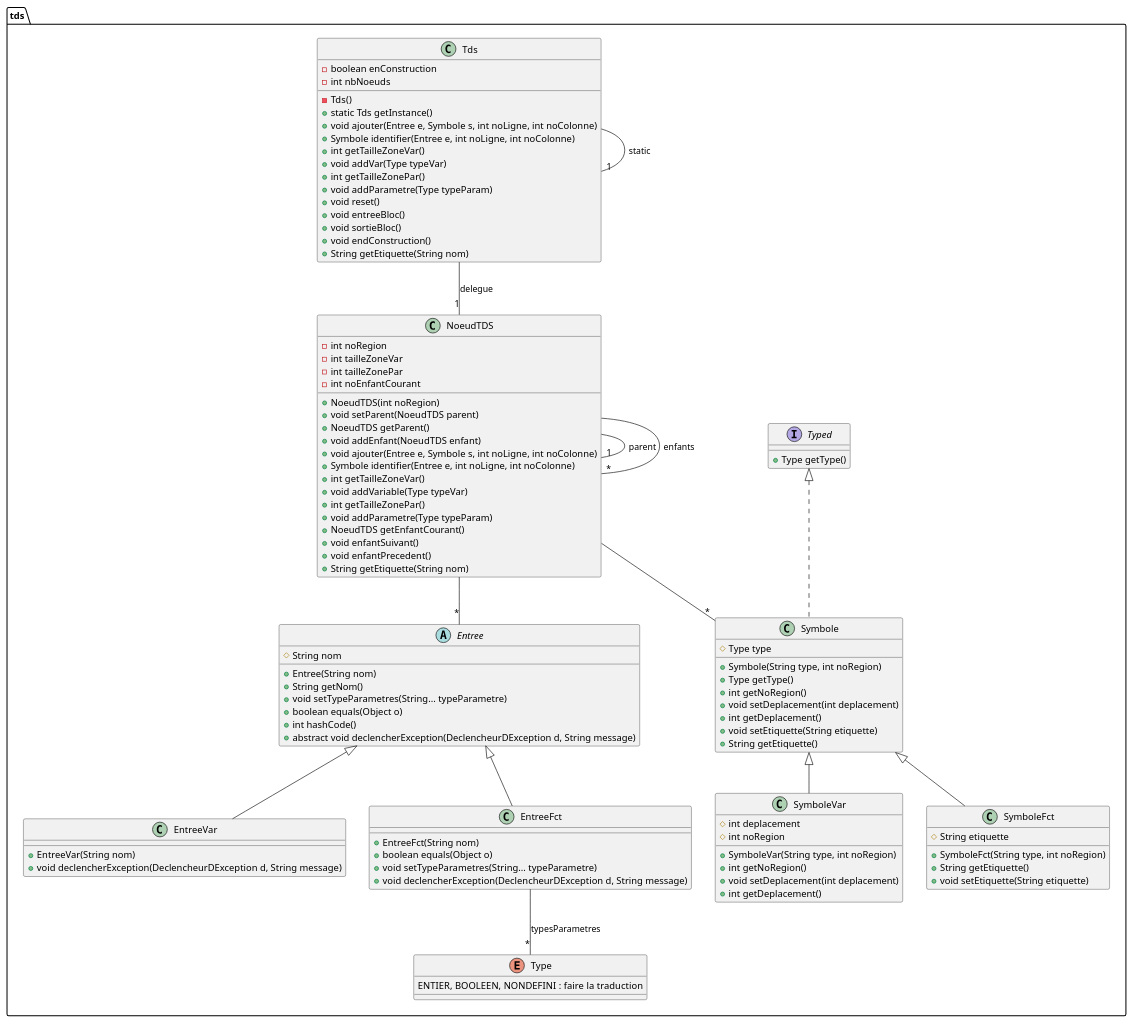
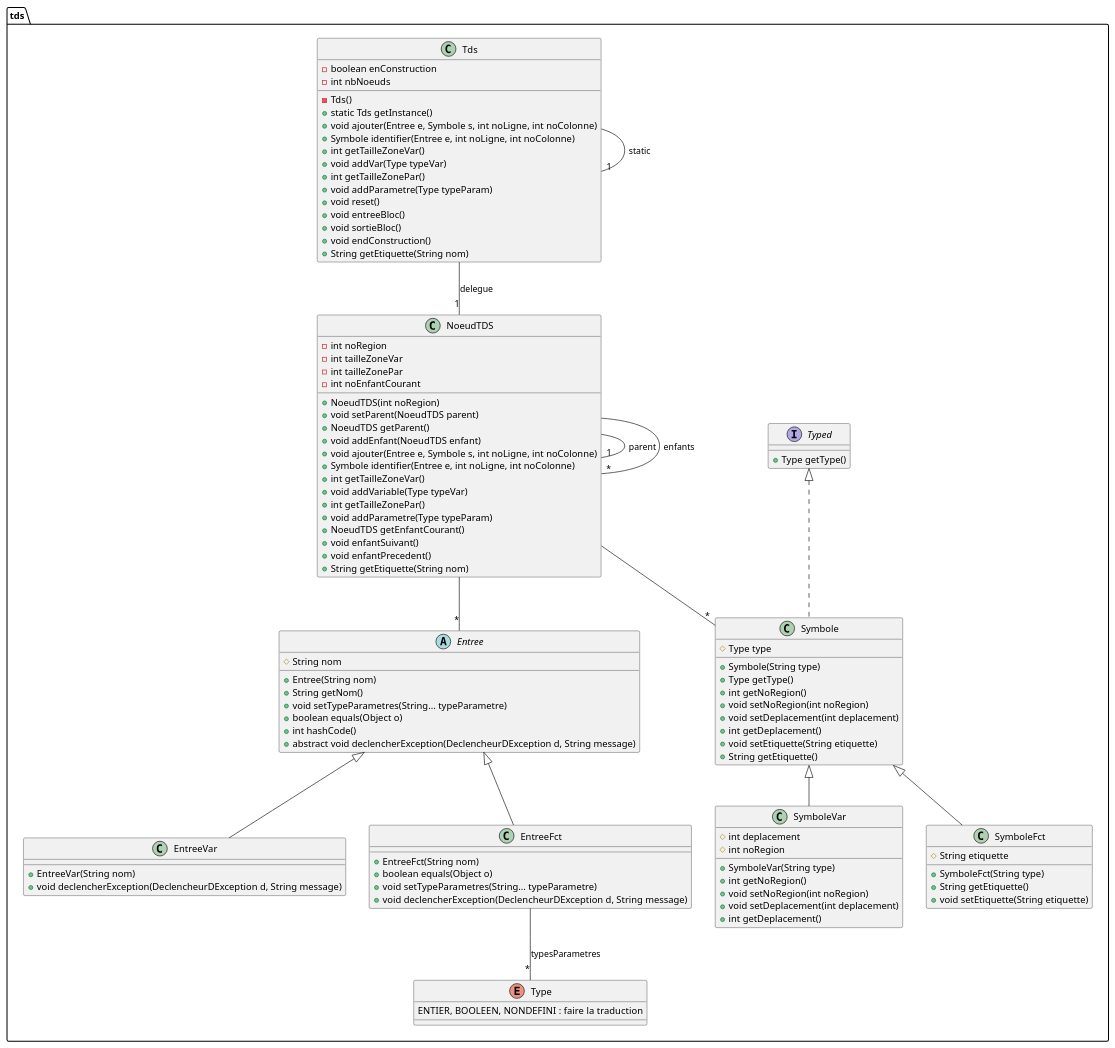
Before and after one commit to wehddn/L3-Compilation-Projet: the diagram in src/Diagrammes/tds.puml, drawn with PlantUML. The commit also changed 12 other files, not shown here.

Commit message:
Implementation du diagramme de classe - Modification du diagramme de classe - Implementation/Mise à jour des classes Symbole, SymboleVar, SymboleFct et Typed - Mise à jour de la grammaire - Changement de version

```diff
--- a/src/Diagrammes/tds.puml
+++ b/src/Diagrammes/tds.puml
@@ -1,117 +1,119 @@
 @startuml
 together {
 	package tds {
 		together {
 
 			class Symbole implements Typed {
 				# Type type
-				+ Symbole(String type, int noRegion)
+				+ Symbole(String type)
 				+ Type getType()
 				+ int getNoRegion()
+				+ void setNoRegion(int noRegion)
 				+ void setDeplacement(int deplacement)
 				+ int getDeplacement()
 				+ void setEtiquette(String etiquette)
 				+ String getEtiquette()
 			}
 
 			class SymboleVar extends Symbole {
 				# int deplacement
 				# int noRegion
-				+ SymboleVar(String type, int noRegion)
+				+ SymboleVar(String type)
 				+ int getNoRegion()
+				+ void setNoRegion(int noRegion)
 				+ void setDeplacement(int deplacement)
 				+ int getDeplacement()
 			}
 
 			class SymboleFct extends Symbole {
 				# String etiquette
-				+ SymboleFct(String type, int noRegion)
+				+ SymboleFct(String type)
 				+ String getEtiquette()
 				+ void setEtiquette(String etiquette)
 			}
 		}
 
 		together {
 			abstract class Entree {
 				# String nom
 				+ Entree(String nom)
 				+ String getNom()
 				+ void setTypeParametres(String... typeParametre)
 				+ boolean equals(Object o)
 				+ int hashCode()
 				+ abstract void declencherException(DeclencheurDException d, String message)
 			}
 
 			class EntreeVar extends Entree {
 				+ EntreeVar(String nom)
 				+ void declencherException(DeclencheurDException d, String message)
 			}
 
 			class EntreeFct extends Entree {
 				+ EntreeFct(String nom)
 				+ boolean equals(Object o)
 				+ void setTypeParametres(String... typeParametre)
 				+ void declencherException(DeclencheurDException d, String message)
 			}
 			EntreeFct --"*" Type : typesParametres
 		}
 
 		together {
 			class Tds {
 				- boolean enConstruction
 				- int nbNoeuds
 				- Tds()
 				+ static Tds getInstance()
 				+ void ajouter(Entree e, Symbole s, int noLigne, int noColonne)
 				+ Symbole identifier(Entree e, int noLigne, int noColonne)
 				+ int getTailleZoneVar()
 				+ void addVar(Type typeVar)
 				+ int getTailleZonePar()
 				+ void addParametre(Type typeParam)
 				+ void reset()
 				+ void entreeBloc()
 				+ void sortieBloc()
 				+ void endConstruction()
 				+ String getEtiquette(String nom)
 			}
 			Tds --"1" NoeudTDS : delegue
 			Tds --"1" Tds : static
 
 			class NoeudTDS {
 				- int noRegion
 				- int tailleZoneVar
 				- int tailleZonePar
 				- int noEnfantCourant
 				+ NoeudTDS(int noRegion)
 				+ void setParent(NoeudTDS parent)
 				+ NoeudTDS getParent()
 				+ void addEnfant(NoeudTDS enfant)
 				+ void ajouter(Entree e, Symbole s, int noLigne, int noColonne)
 				+ Symbole identifier(Entree e, int noLigne, int noColonne)
 				+ int getTailleZoneVar()
 				+ void addVariable(Type typeVar)
 				+ int getTailleZonePar()
 				+ void addParametre(Type typeParam)
 				+ NoeudTDS getEnfantCourant()
 				+ void enfantSuivant()
 				+ void enfantPrecedent()
 				+ String getEtiquette(String nom)
 			}
 			NoeudTDS --"*" Symbole
 			NoeudTDS --"*" Entree
 			NoeudTDS --"1" NoeudTDS : parent
 			NoeudTDS --"*" NoeudTDS : enfants
 		}
 
 		together {
 			enum Type {
 				ENTIER, BOOLEEN, NONDEFINI  : faire la traduction
 			}
 
 			Interface Typed {
 				+ Type getType()
 			}
 		}
 	}
 }
 @enduml
```
